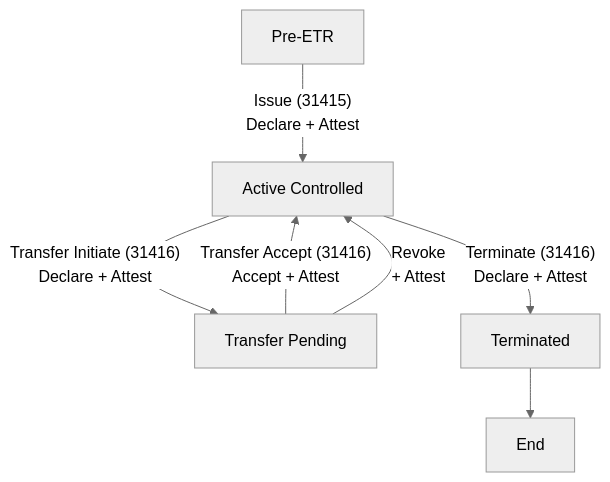
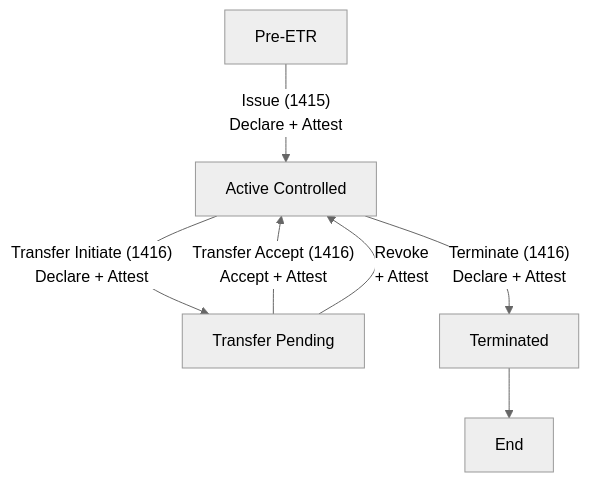
The diagram in docs/specs/STATE-TRANSITION.md (trbouma/openetr), drawn with Mermaid (neutral theme) before and after one commit. The commit also changed 99 other files, not shown here.

````diff
--- a/docs/specs/STATE-TRANSITION.md
+++ b/docs/specs/STATE-TRANSITION.md
@@ -2,15 +2,15 @@
 ```mermaid
 flowchart TD
 
-    A["Pre-ETR"] -->|"Issue (31415)<br>Declare + Attest"| B["Active Controlled"]
+    A["Pre-ETR"] -->|"Issue (1415)<br>Declare + Attest"| B["Active Controlled"]
 
-    B -->|"Transfer Initiate (31416)<br>Declare + Attest"| C["Transfer Pending"]
+    B -->|"Transfer Initiate (1416)<br>Declare + Attest"| C["Transfer Pending"]
 
-    C -->|"Transfer Accept (31416)<br>Accept + Attest"| B
+    C -->|"Transfer Accept (1416)<br>Accept + Attest"| B
 
     C -->|"Revoke<br>+ Attest"| B
 
-    B -->|"Terminate (31416)<br>Declare + Attest"| D["Terminated"]
+    B -->|"Terminate (1416)<br>Declare + Attest"| D["Terminated"]
 
     D --> E["End"]
 ```
````
